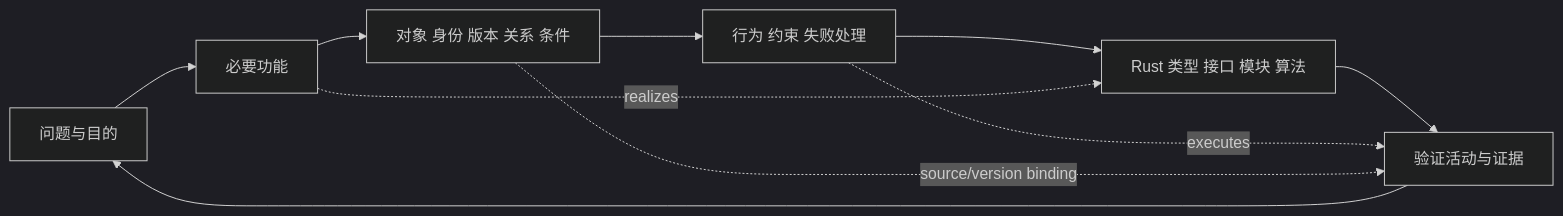
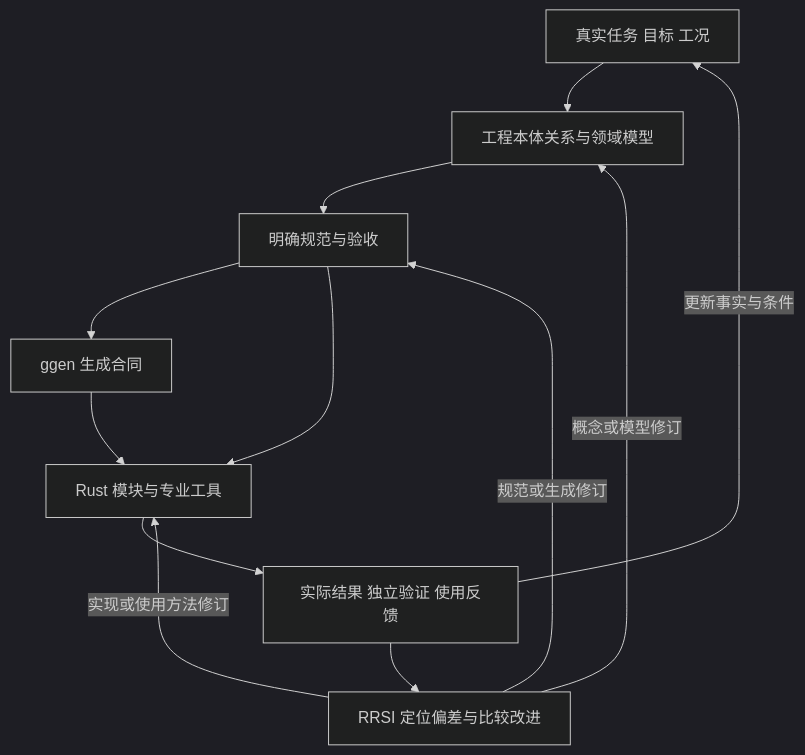
Before and after one commit to jiaqiwang969/OntologyEngineering: the diagram in references/design-method.md, drawn with Mermaid (dark theme). The commit also changed other lines of this file and 82 other files, not shown here.

````diff
--- a/references/design-method.md
+++ b/references/design-method.md
@@ -49,12 +66,14 @@
 ```mermaid
-flowchart LR
- P[问题与目的] --> F[必要功能]
- F --> O[对象 身份 版本 关系 条件]
- O --> B[行为 约束 失败处理]
- B --> R[Rust 类型 接口 模块 算法]
- R --> V[验证活动与证据]
- V --> P
- F -. realizes .-> R
- B -. executes .-> V
- O -. source/version binding .-> V
+flowchart TD
+ P[真实任务 目标 工况] --> O[工程本体关系与领域模型]
+ O --> S[明确规范与验收]
+ S --> G[ggen 生成合同]
+ G --> R[Rust 模块与专业工具]
+ S --> R
+ R --> V[实际结果 独立验证 使用反馈]
+ V --> E[RRSI 定位偏差与比较改进]
+ E -->|概念或模型修订| O
+ E -->|规范或生成修订| S
+ E -->|实现或使用方法修订| R
+ V -->|更新事实与条件| P
 ```
````
